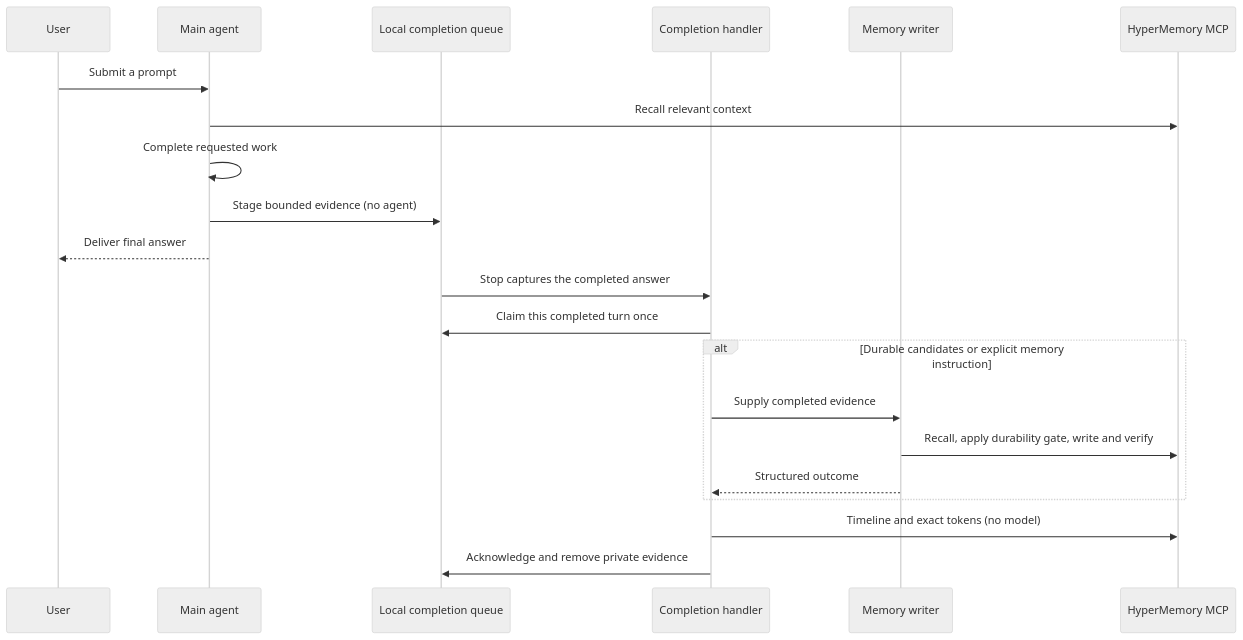
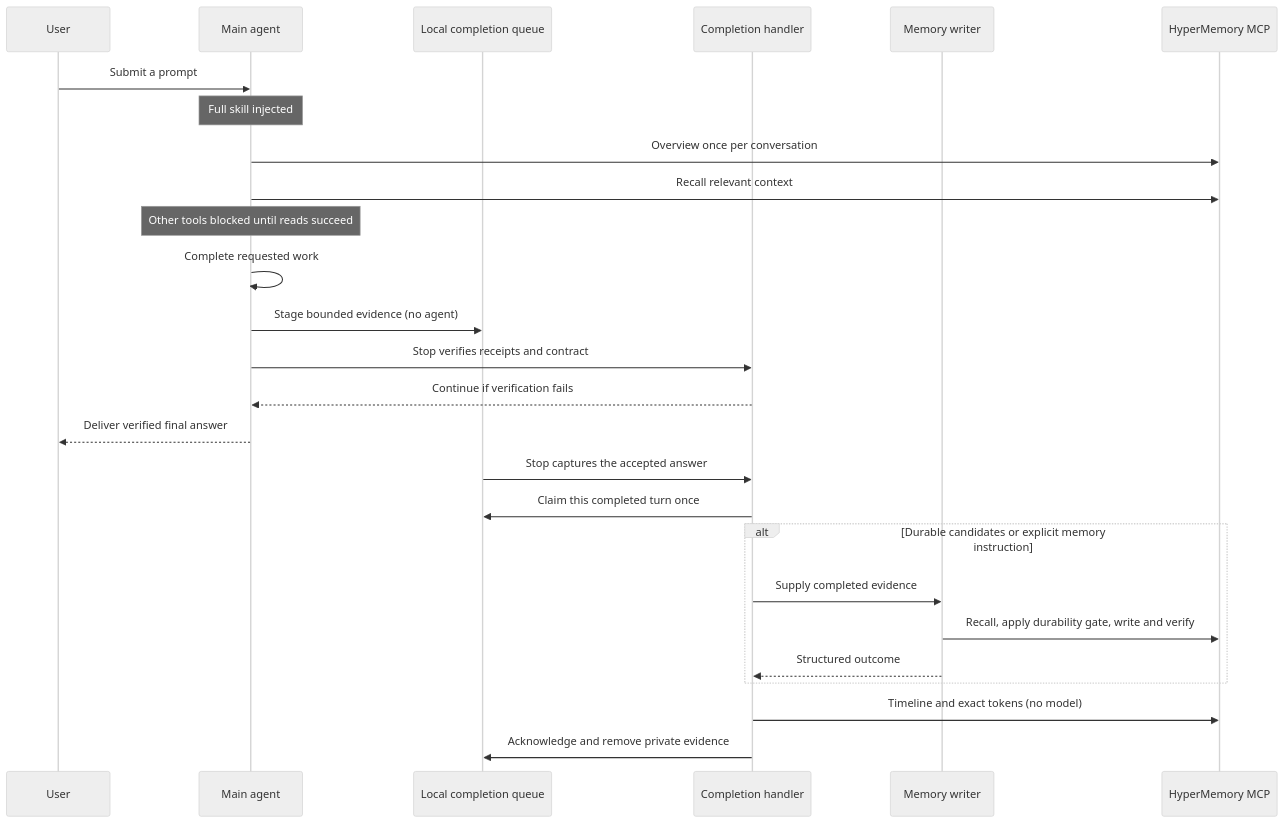
The first of 3 diagrams in README.md (hypermemory-ai/hm-plugins-openai), drawn with Mermaid (neutral theme) before and after one commit. The commit also changed other lines of this file and 9 other files, not shown here.

````diff
--- a/README.md
+++ b/README.md
@@ -209,24 +209,29 @@
 ```mermaid
 sequenceDiagram
     participant U as User
     participant M as Main agent
     participant Q as Local completion queue
     participant H as Completion handler
     participant W as Memory writer
     participant MCP as HyperMemory MCP
 
     U->>M: Submit a prompt
+    Note over M: Full skill injected
+    M->>MCP: Overview once per conversation
     M->>MCP: Recall relevant context
+    Note over M: Other tools blocked until reads succeed
     M->>M: Complete requested work
     M->>Q: Stage bounded evidence (no agent)
-    M-->>U: Deliver final answer
-    Q->>H: Stop captures the completed answer
+    M->>H: Stop verifies receipts and contract
+    H-->>M: Continue if verification fails
+    M-->>U: Deliver verified final answer
+    Q->>H: Stop captures the accepted answer
     H->>Q: Claim this completed turn once
     alt Durable candidates or explicit memory instruction
         H->>W: Supply completed evidence
         W->>MCP: Recall, apply durability gate, write and verify
         W-->>H: Structured outcome
     end
     H->>MCP: Timeline and exact tokens (no model)
     H->>Q: Acknowledge and remove private evidence
 ```
````
